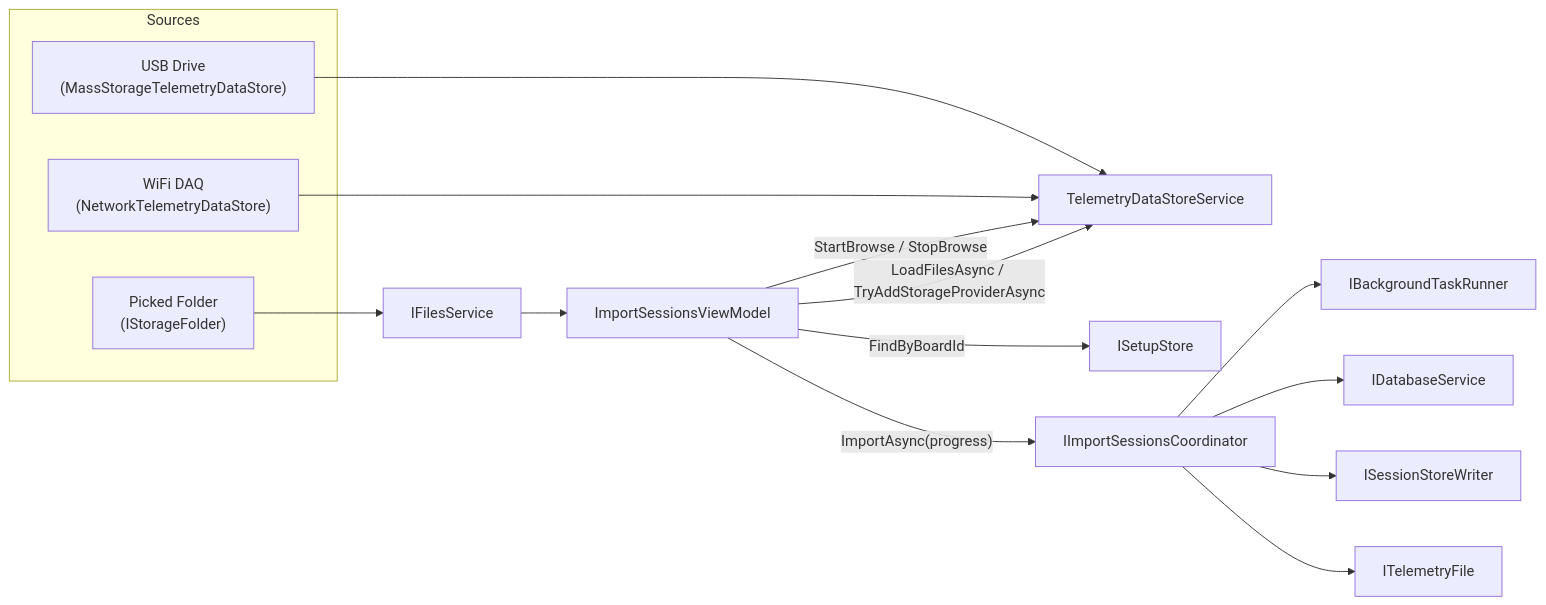
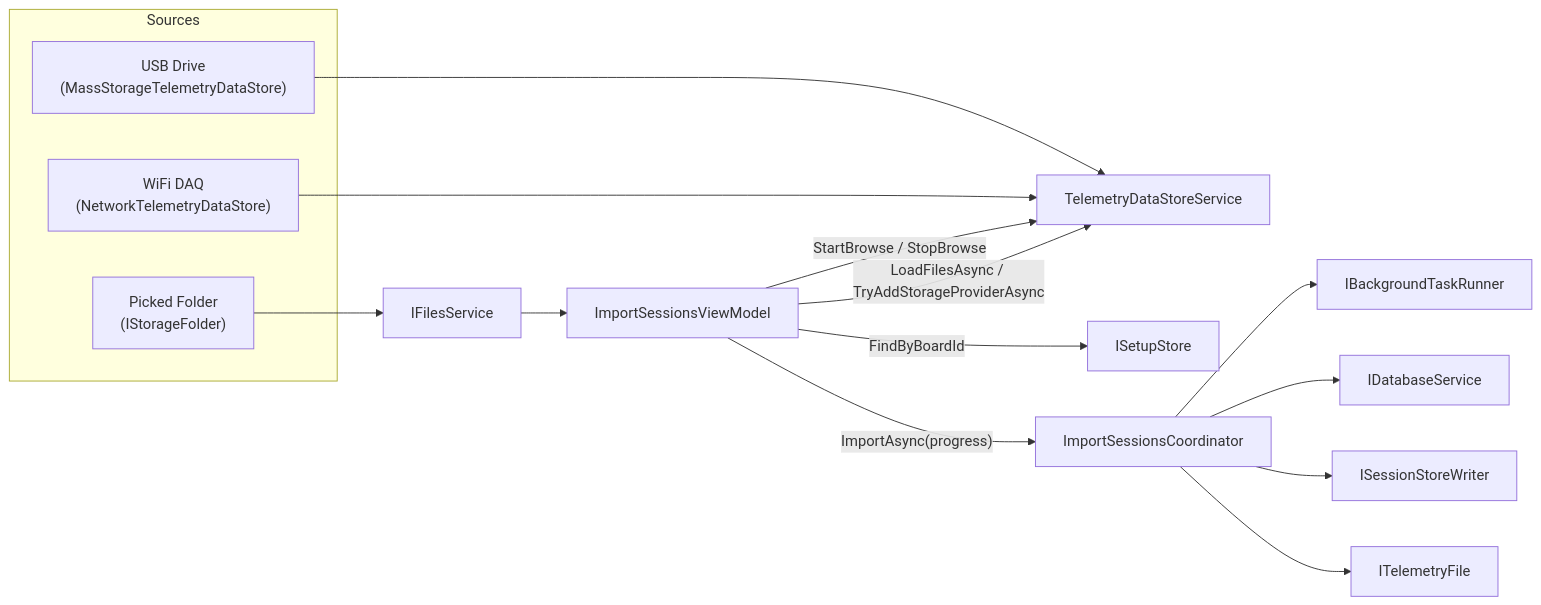
One commit to MoridinBG/Sufni.app changed the first of 2 diagrams in docs/architecture/acquisition.md. Above: the diagram before and after it, drawn with Mermaid. The commit also changed other lines of this file and 135 other files, not shown here.

````diff
--- a/docs/architecture/acquisition.md
+++ b/docs/architecture/acquisition.md
@@ -9,21 +9,21 @@
 ```mermaid
 graph LR
     subgraph Sources
         USB["USB Drive<br/>(MassStorageTelemetryDataStore)"]
         WiFi["WiFi DAQ<br/>(NetworkTelemetryDataStore)"]
         Picker["Picked Folder<br/>(IStorageFolder)"]
     end
 
     Picker --> Files["IFilesService"]
     USB --> DSS["TelemetryDataStoreService"]
     WiFi --> DSS
     Files --> Import["ImportSessionsViewModel"]
     Import -->|"StartBrowse / StopBrowse"| DSS
     Import -->|"LoadFilesAsync / TryAddStorageProviderAsync"| DSS
     Import -->|"FindByBoardId"| SetupStore["ISetupStore"]
-    Import -->|"ImportAsync(progress)"| Coord["IImportSessionsCoordinator"]
+    Import -->|"ImportAsync(progress)"| Coord["ImportSessionsCoordinator"]
     Coord --> Runner["IBackgroundTaskRunner"]
     Coord --> DB["IDatabaseService"]
     Coord --> SessionStore["ISessionStoreWriter"]
     Coord --> TelemetryFile["ITelemetryFile"]
 ```
````
